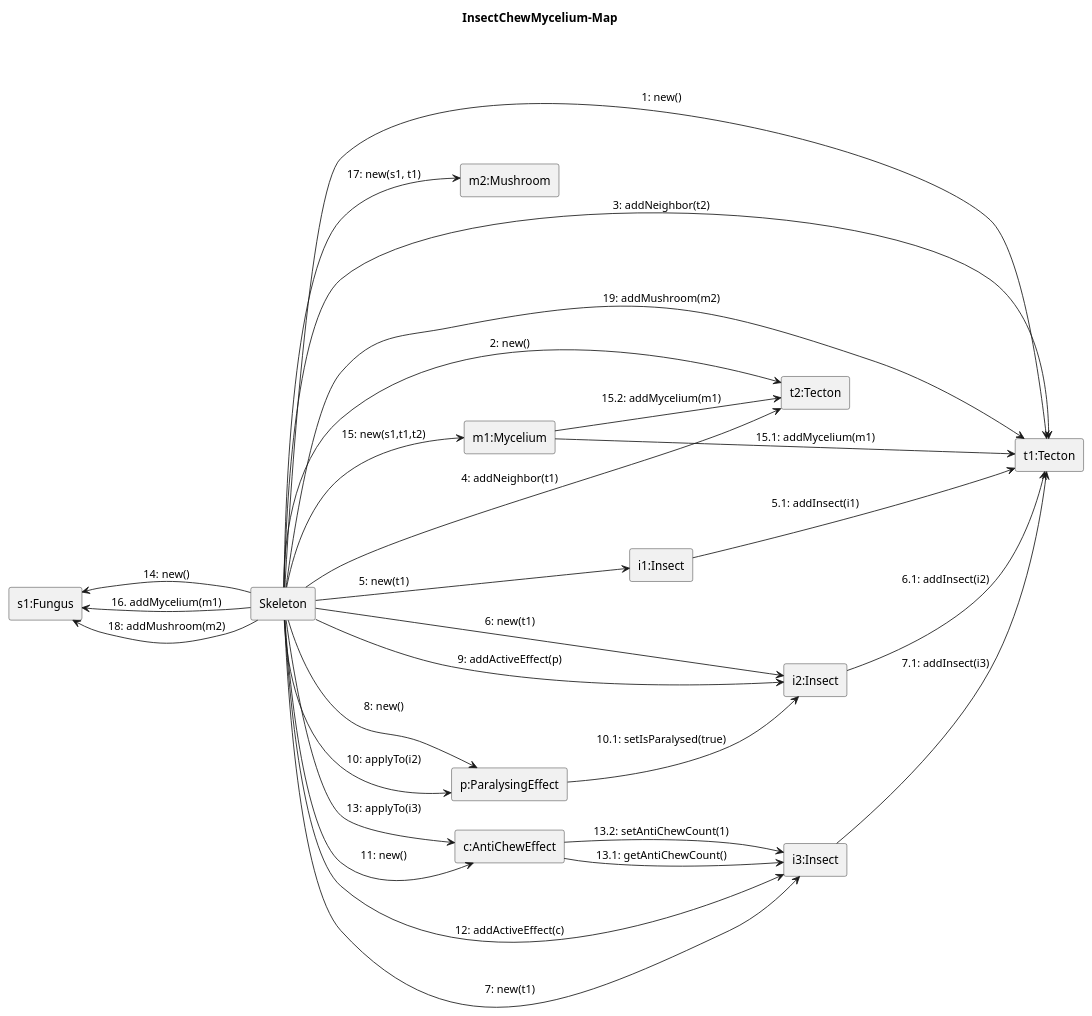
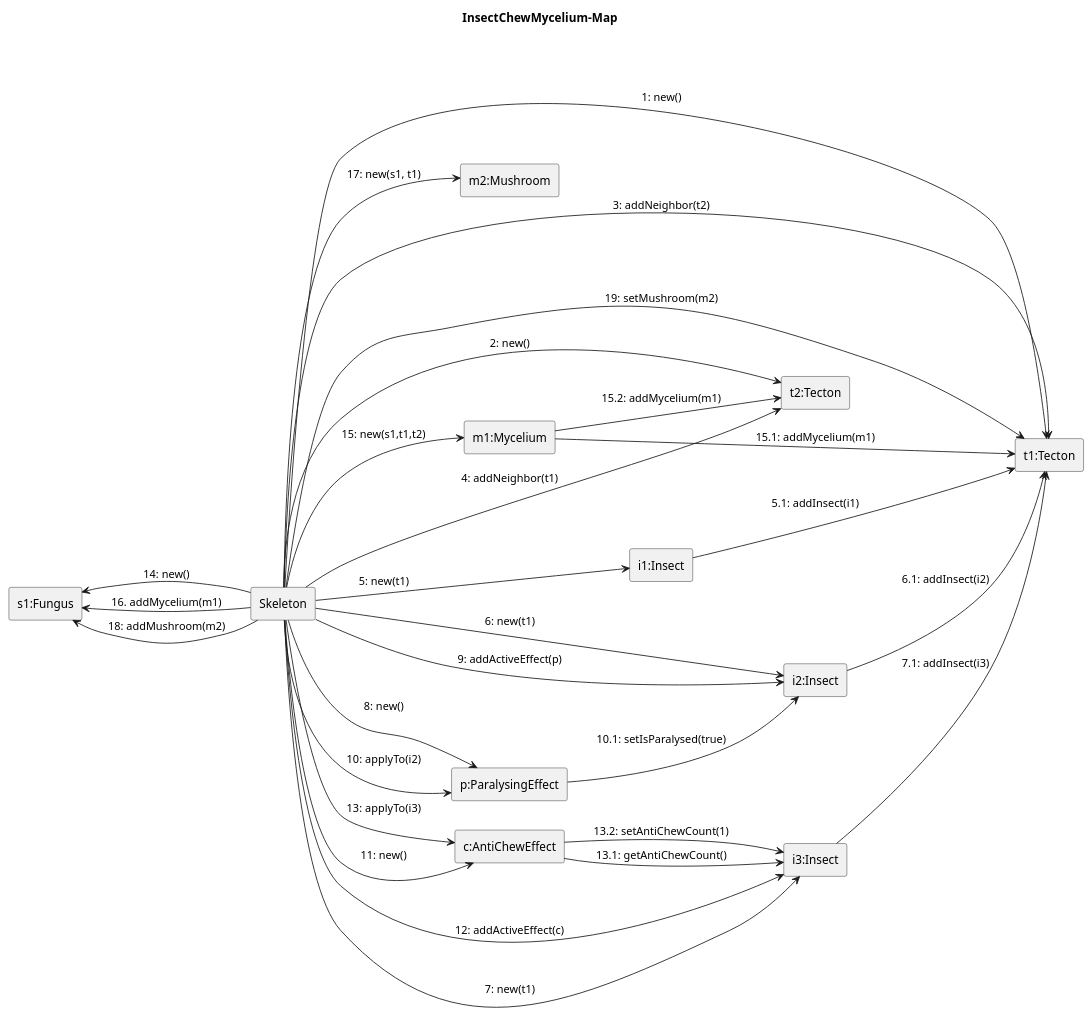
Before and after one commit to ZD4ve/projlab-error521: the diagram in Skeleton/Insect-chew-mycelium/map.pu, drawn with PlantUML. The commit also changed 1 other file, not shown here.

```diff
--- a/Skeleton/Insect-chew-mycelium/map.pu
+++ b/Skeleton/Insect-chew-mycelium/map.pu
@@ -1,55 +1,55 @@
 @startuml Insect-chew-mycelium/map 
 left to right direction
 
 title InsectChewMycelium-Map
 
 rectangle Skeleton as S 
 
 rectangle "s1:Fungus" as s1
 rectangle "m1:Mycelium" as m1
 rectangle "m2:Mushroom" as m2
 rectangle "t1:Tecton" as t1
 rectangle "t2:Tecton" as t2
 rectangle "i1:Insect" as i1
 rectangle "i2:Insect" as i2
 rectangle "i3:Insect" as i3
 rectangle "p:ParalysingEffect" as p
 rectangle "c:AntiChewEffect" as c
 
 S --> t1: 1: new()
 S --> t2: 2: new()
 S --> t1: 3: addNeighbor(t2)
 S --> t2: 4: addNeighbor(t1)
 
 S --> i1 : 5: new(t1)
 i1 --> t1 : 5.1: addInsect(i1)
 S --> i2 : 6: new(t1)
 i2 --> t1 : 6.1: addInsect(i2)
 S --> i3 : 7: new(t1)
 i3 --> t1 : 7.1: addInsect(i3)
 
 S --> p : 8: new()
 S --> i2 : 9: addActiveEffect(p)
 S --> p : 10: applyTo(i2)
 p --> i2 : 10.1: setIsParalysed(true)
 
 S --> c : 11: new()
 S --> i3 : 12: addActiveEffect(c)
 S --> c : 13: applyTo(i3)
 c --> i3 : 13.1: getAntiChewCount()
 c --> i3 : 13.2: setAntiChewCount(1)
 
 
 
 S -left-> s1: 14: new()
 S --> m1: 15: new(s1,t1,t2)
 m1 --> t1 : 15.1: addMycelium(m1)
 m1 --> t2 : 15.2: addMycelium(m1)
 S --> s1: 16. addMycelium(m1)
 
 S --> m2: 17: new(s1, t1)
 S --> s1: 18: addMushroom(m2)
-S --> t1: 19: addMushroom(m2)
+S --> t1: 19: setMushroom(m2)
 
 
 @enduml
```
